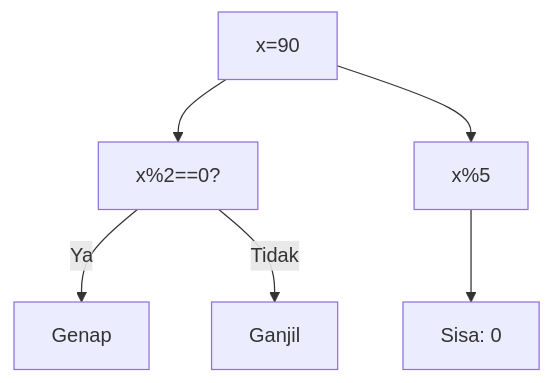
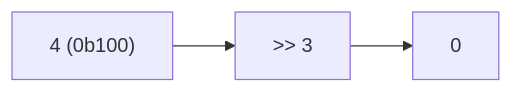
Before and after one commit to amnahwaida/OSNK_INF_PREP: the fourth of 25 diagrams in part-c-pemahaman-cpp/06-bitwise/latihan/set-08.md, drawn with Mermaid. The commit also changed other lines of this file and 71 other files, not shown here.

````diff
--- a/part-c-pemahaman-cpp/06-bitwise/latihan/set-08.md
+++ b/part-c-pemahaman-cpp/06-bitwise/latihan/set-08.md
@@ -188,8 +99,5 @@
 ```mermaid
-graph TD
-A["x=90"] --> B["x%2==0?"]
-B -- Ya --> C["Genap"]
-B -- Tidak --> D["Ganjil"]
-A --> E["x%5"]
-E --> F["Sisa: 0"]
+graph LR
+A["4 (0b100)"] --> B[">> 3"]
+B --> C["0"]
 ```
````
